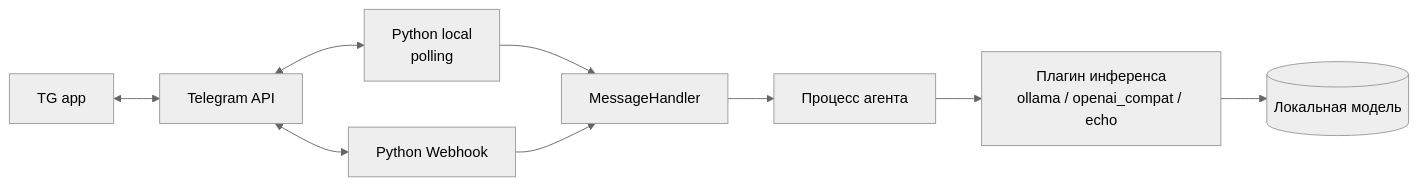
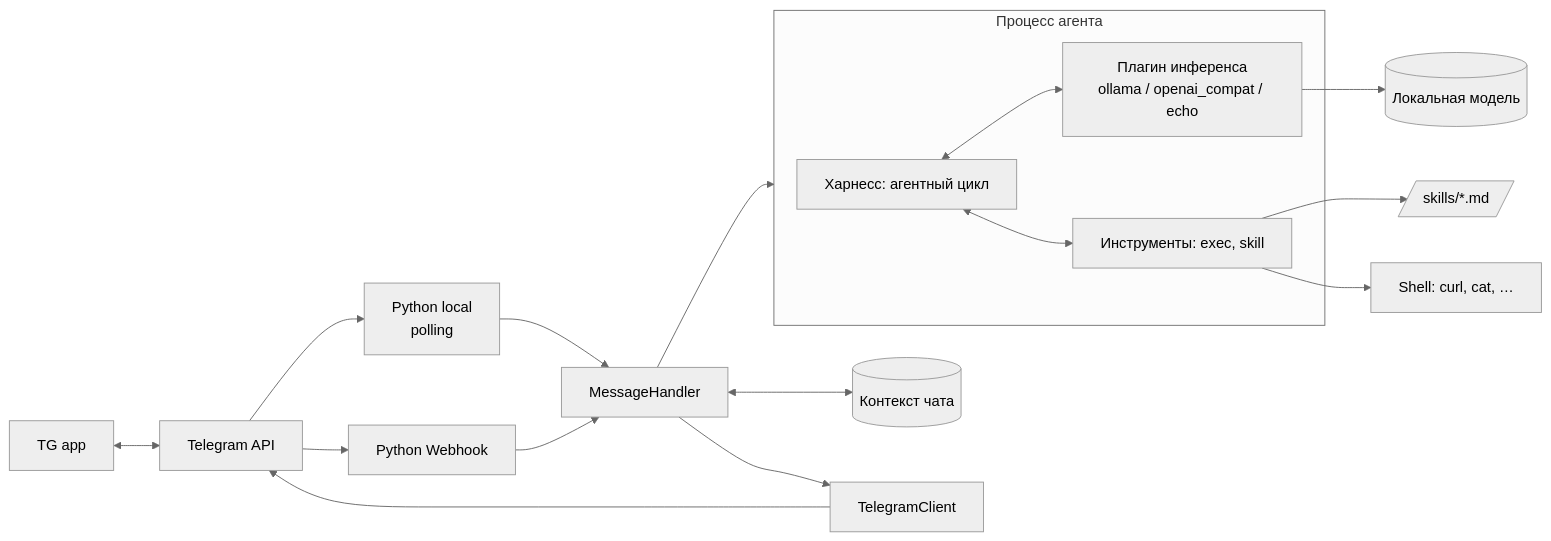
One commit to Kirill-Od/larchanka changed the diagram in PLAN.md. Above: the diagram before and after it, drawn with Mermaid (neutral theme). The commit also changed other lines of this file and 1 other file, not shown here.

Commit message:
feat: update architecture diagrams for clarity on transport and agent processes

````diff
--- a/PLAN.md
+++ b/PLAN.md
@@ -30,11 +30,20 @@
 ```mermaid
 graph LR
     TG[TG app] <--> API[Telegram API]
-    API <--> P[Python local<br/>polling]
-    API <--> W[Python Webhook]
+    API --> P[Python local<br/>polling]
+    API --> W[Python Webhook]
     P --> H[MessageHandler]
     W --> H
+    H <--> C[(Контекст чата)]
+    H --> TC[TelegramClient]
+    TC --> API
     H --> A[Процесс агента]
-    A --> PL[Плагин инференса<br/>ollama / openai_compat / echo]
+    subgraph A[Процесс агента]
+        HR[Харнесс: агентный цикл]
+        HR <--> PL[Плагин инференса<br/>ollama / openai_compat / echo]
+        HR <--> T[Инструменты: exec, skill]
+    end
     PL --> M[(Локальная модель)]
+    T --> S[/skills/*.md/]
+    T --> OS[Shell: curl, cat, …]
 ```
````
